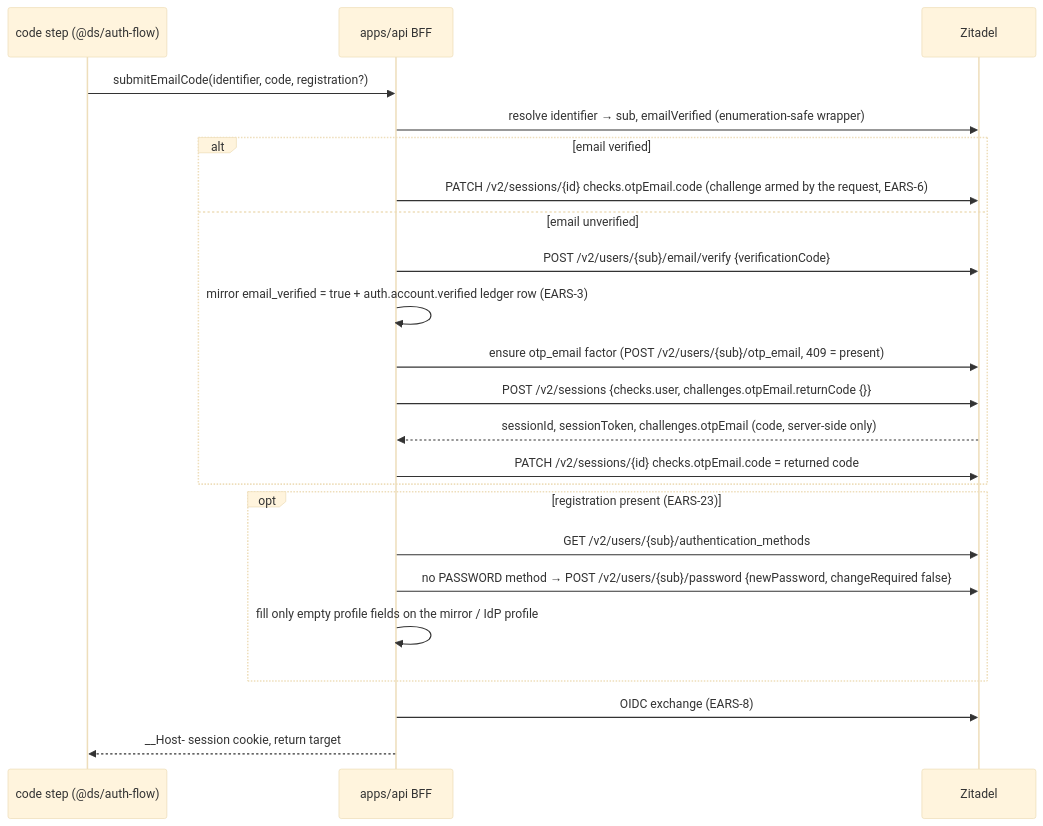
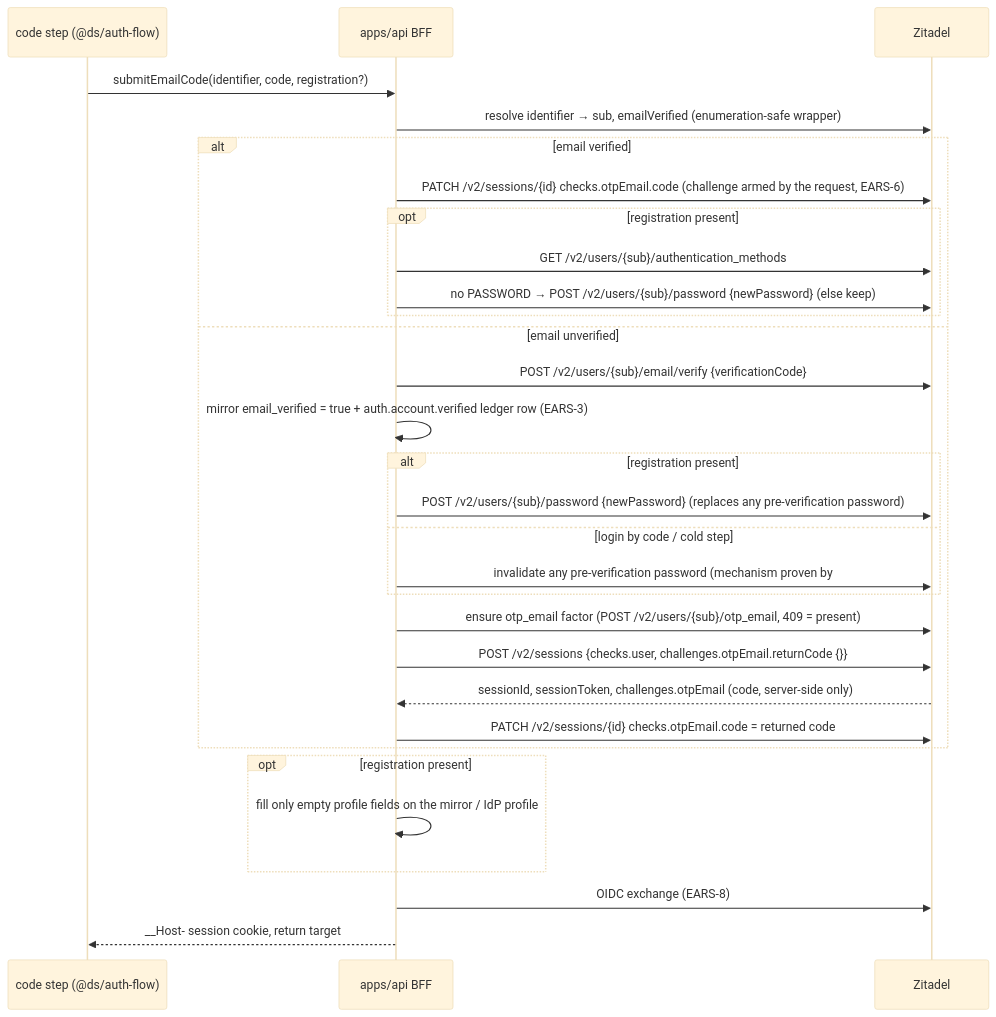
One commit to doctor-school/ds-platform changed the first of 5 diagrams in apps/docs/content/specs/features/003-user-authentication/003-design.md. Above: the diagram before and after it, drawn with Mermaid (base theme). The commit also changed other lines of this file and 5 other files, not shown here.

First line of the commit message:
docs(2553): Mode (a) rework — pre-verification passwords, resend/SMS rows, §13 mails

````diff
--- a/apps/docs/content/specs/features/003-user-authentication/003-design.md
+++ b/apps/docs/content/specs/features/003-user-authentication/003-design.md
@@ -39,25 +39,32 @@
 ```mermaid
 sequenceDiagram
     participant S as code step (@ds/auth-flow)
     participant B as apps/api BFF
     participant Z as Zitadel
     S->>B: submitEmailCode(identifier, code, registration?)
     B->>Z: resolve identifier → sub, emailVerified (enumeration-safe wrapper)
     alt email verified
         B->>Z: PATCH /v2/sessions/{id} checks.otpEmail.code (challenge armed by the request, EARS-6)
+        opt registration present
+            B->>Z: GET /v2/users/{sub}/authentication_methods
+            B->>Z: no PASSWORD → POST /v2/users/{sub}/password {newPassword} (else keep)
+        end
     else email unverified
         B->>Z: POST /v2/users/{sub}/email/verify {verificationCode}
         B->>B: mirror email_verified = true + auth.account.verified ledger row (EARS-3)
+        alt registration present
+            B->>Z: POST /v2/users/{sub}/password {newPassword} (replaces any pre-verification password)
+        else login by code / cold step
+            B->>Z: invalidate any pre-verification password (mechanism proven by #2556)
+        end
         B->>Z: ensure otp_email factor (POST /v2/users/{sub}/otp_email, 409 = present)
         B->>Z: POST /v2/sessions {checks.user, challenges.otpEmail.returnCode {}}
         Z-->>B: sessionId, sessionToken, challenges.otpEmail (code, server-side only)
         B->>Z: PATCH /v2/sessions/{id} checks.otpEmail.code = returned code
     end
-    opt registration present (EARS-23)
-        B->>Z: GET /v2/users/{sub}/authentication_methods
-        B->>Z: no PASSWORD method → POST /v2/users/{sub}/password {newPassword, changeRequired false}
+    opt registration present
         B->>B: fill only empty profile fields on the mirror / IdP profile
     end
     B->>Z: OIDC exchange (EARS-8)
     B-->>S: __Host- session cookie, return target
 ```
````
